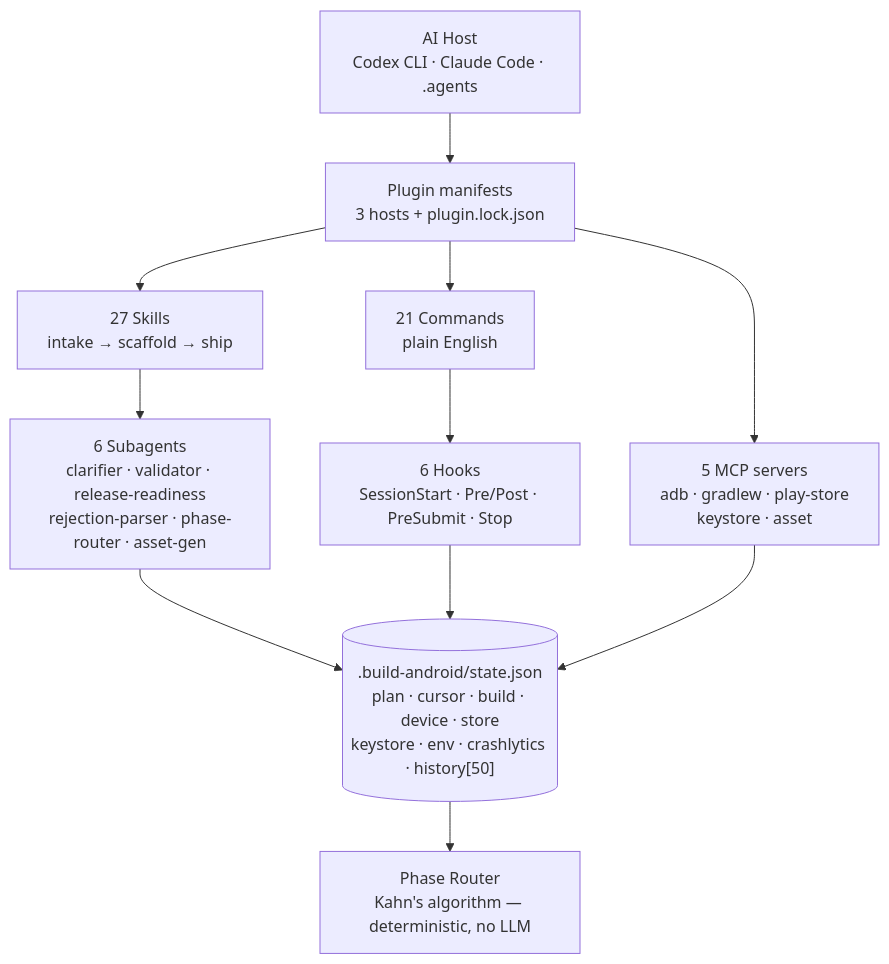
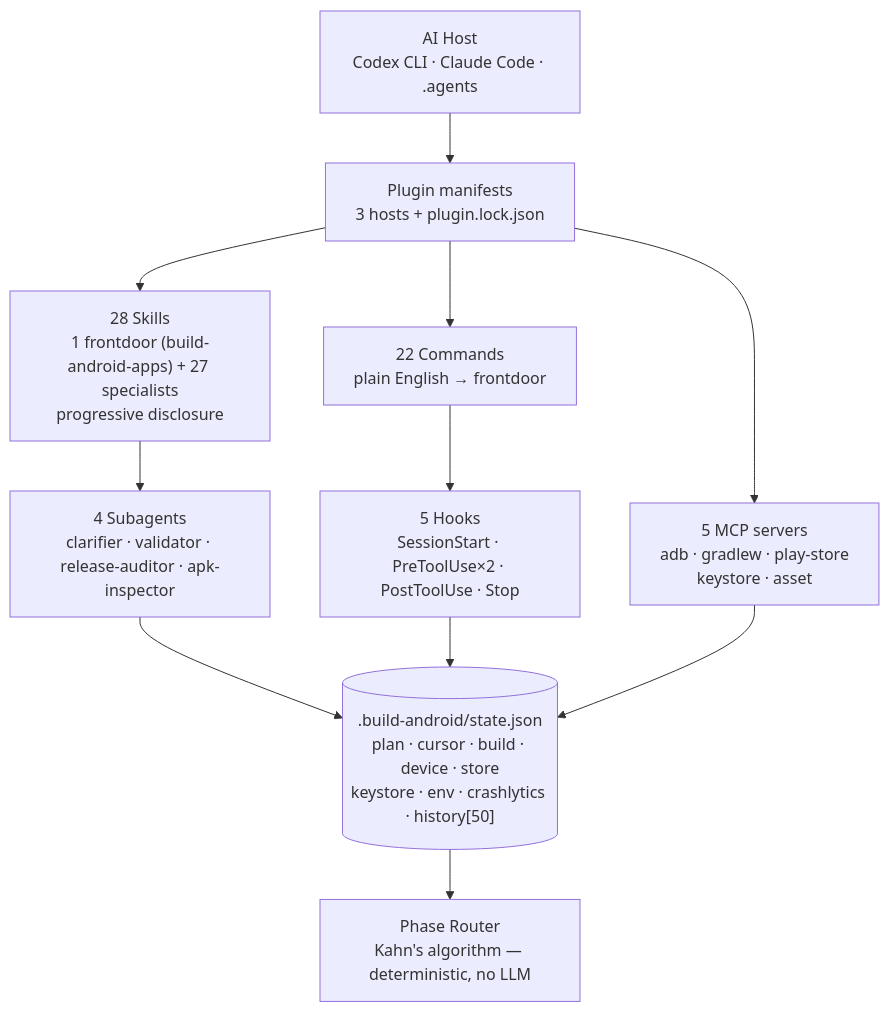
Before and after one commit to mitunmanav/build-android-apps: the diagram in README.md, drawn with Mermaid. The commit also changed other lines of this file and 101 other files, not shown here.

````diff
--- a/README.md
+++ b/README.md
@@ -92,14 +92,14 @@
 ```mermaid
 flowchart TB
     Host["AI Host<br/>Codex CLI · Claude Code · .agents"]
     Host --> Manifests["Plugin manifests<br/>3 hosts + plugin.lock.json"]
-    Manifests --> Skills["27 Skills<br/>intake → scaffold → ship"]
-    Manifests --> Commands["21 Commands<br/>plain English"]
+    Manifests --> Skills["28 Skills<br/>1 frontdoor (build-android-apps) + 27 specialists<br/>progressive disclosure"]
+    Manifests --> Commands["22 Commands<br/>plain English → frontdoor"]
     Manifests --> MCP["5 MCP servers<br/>adb · gradlew · play-store<br/>keystore · asset"]
-    Skills --> Agents["6 Subagents<br/>clarifier · validator · release-readiness<br/>rejection-parser · phase-router · asset-gen"]
-    Commands --> Hooks["6 Hooks<br/>SessionStart · Pre/Post · PreSubmit · Stop"]
+    Skills --> Agents["4 Subagents<br/>clarifier · validator · release-auditor · apk-inspector"]
+    Commands --> Hooks["5 Hooks<br/>SessionStart · PreToolUse×2 · PostToolUse · Stop"]
     Agents --> State[(".build-android/state.json<br/>plan · cursor · build · device · store<br/>keystore · env · crashlytics · history[50]")]
     Hooks --> State
     MCP --> State
     State --> Router["Phase Router<br/>Kahn's algorithm — deterministic, no LLM"]
 ```
````
